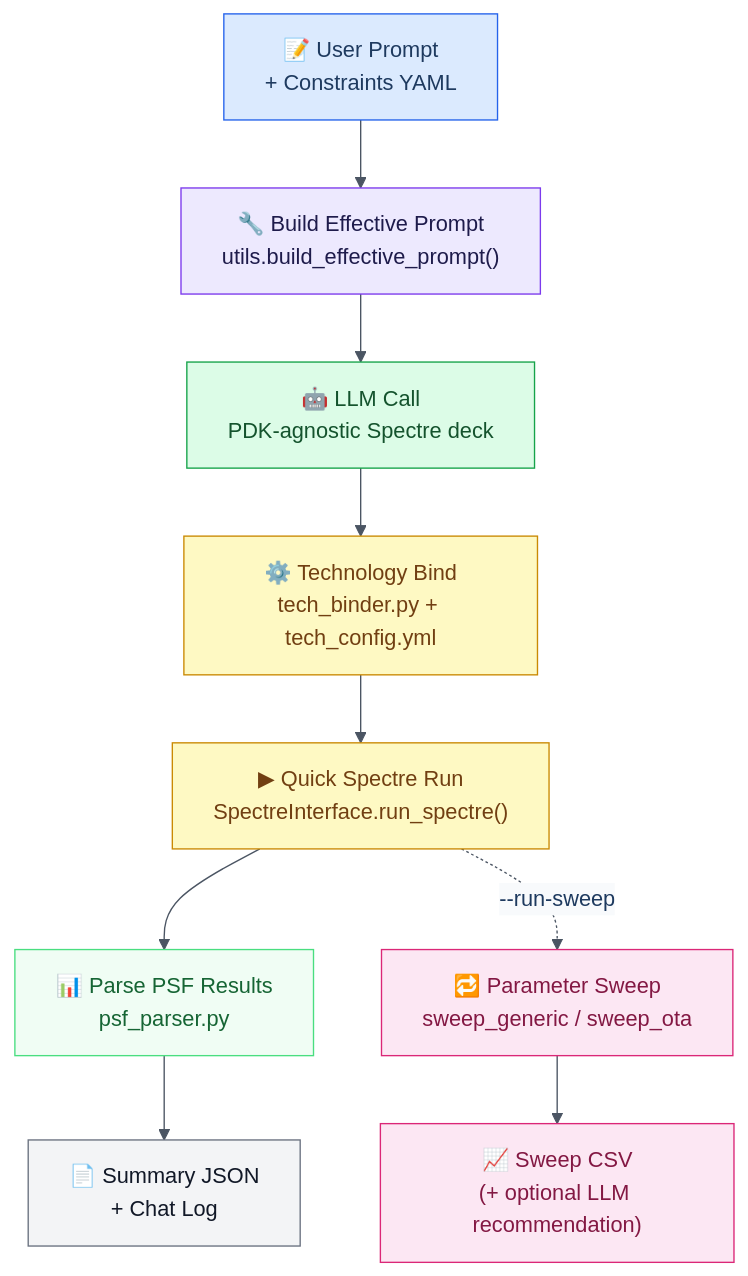
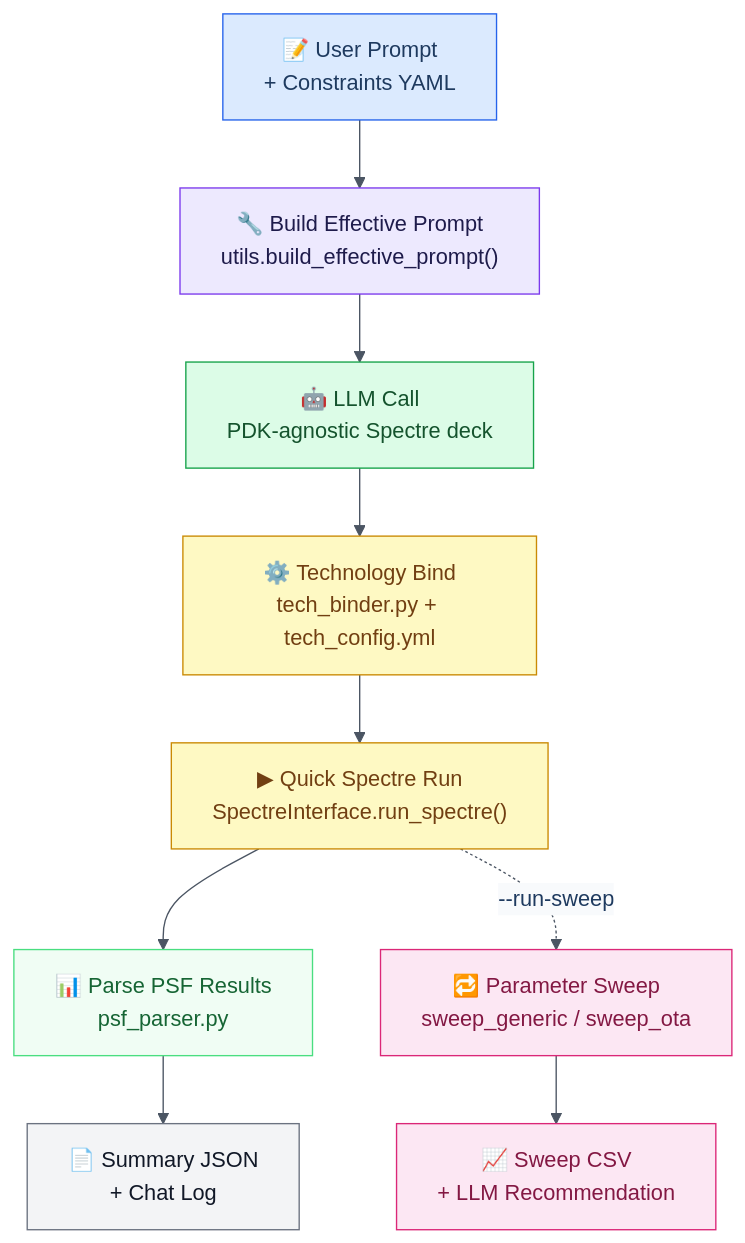
One commit to aprilaihub/LaMDA changed the diagram in LaMDA-Analog/README.md. Above: the diagram before and after it, drawn with Mermaid. The commit also changed other lines of this file and 29 other files, not shown here.

````diff
--- a/LaMDA-Analog/README.md
+++ b/LaMDA-Analog/README.md
@@ -230,20 +306,20 @@
 ```mermaid
 %%{init: {'theme': 'base', 'themeVariables': {'fontSize': '16px', 'primaryColor': '#dbeafe', 'primaryBorderColor': '#2563eb', 'primaryTextColor': '#1e3a5f', 'lineColor': '#4b5563', 'edgeLabelBackground': '#f8fafc'}}}%%
 flowchart TD
     A["📝 User Prompt\n+ Constraints YAML"]:::input --> B["🔧 Build Effective Prompt\nutils.build_effective_prompt()"]:::proc
     B --> C["🤖 LLM Call\nPDK-agnostic Spectre deck"]:::llm
     C --> D["⚙️ Technology Bind\ntech_binder.py + tech_config.yml"]:::eda
   D --> G["▶ Quick Spectre Run\nSpectreInterface.run_spectre()"]:::eda
     G --> H["📊 Parse PSF Results\npsf_parser.py"]:::parse
     H --> I["📄 Summary JSON\n+ Chat Log"]:::output
     G -.->|"--run-sweep"| J["🔁 Parameter Sweep\nsweep_generic / sweep_ota"]:::sweep
-    J --> K["📈 Sweep CSV\n(+ optional LLM recommendation)"]:::sweep
+    J --> K["📈 Sweep CSV\n+ LLM Recommendation"]:::sweep
 
     classDef input   fill:#dbeafe,stroke:#2563eb,color:#1e3a5f
     classDef proc    fill:#ede9fe,stroke:#7c3aed,color:#1e1b4b
     classDef llm     fill:#dcfce7,stroke:#16a34a,color:#14532d
     classDef eda     fill:#fef9c3,stroke:#ca8a04,color:#713f12
     classDef parse   fill:#f0fdf4,stroke:#4ade80,color:#166534
     classDef output  fill:#f3f4f6,stroke:#6b7280,color:#111827
     classDef sweep   fill:#fce7f3,stroke:#db2777,color:#831843
 ```
````
